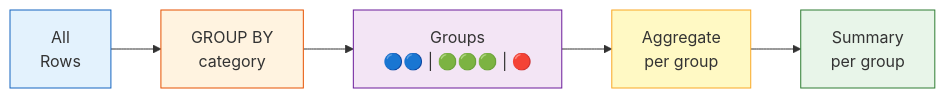
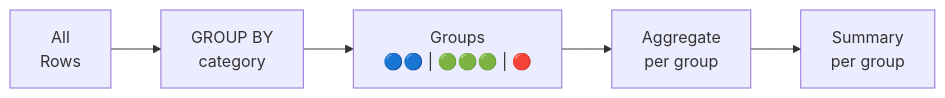
One commit to civilian7/sql-tutorial changed the diagram in docs/en/beginner/05-group-by.md. Above: the diagram before and after it, drawn with Mermaid. The commit also changed other lines of this file and 101 other files, not shown here.

````diff
--- a/docs/en/beginner/05-group-by.md
+++ b/docs/en/beginner/05-group-by.md
@@ -5,9 +5,4 @@
 ```mermaid
 flowchart LR
     T["All\nRows"] --> G["GROUP BY\ncategory"] --> GR["Groups\n🔵🔵 | 🟢🟢🟢 | 🔴"]  --> A["Aggregate\nper group"] --> R["Summary\nper group"]
-    style T fill:#e3f2fd,stroke:#1565c0
-    style G fill:#fff3e0,stroke:#e65100
-    style GR fill:#f3e5f5,stroke:#6a1b9a
-    style A fill:#fff9c4,stroke:#f9a825
-    style R fill:#e8f5e9,stroke:#2e7d32
 ```
````
